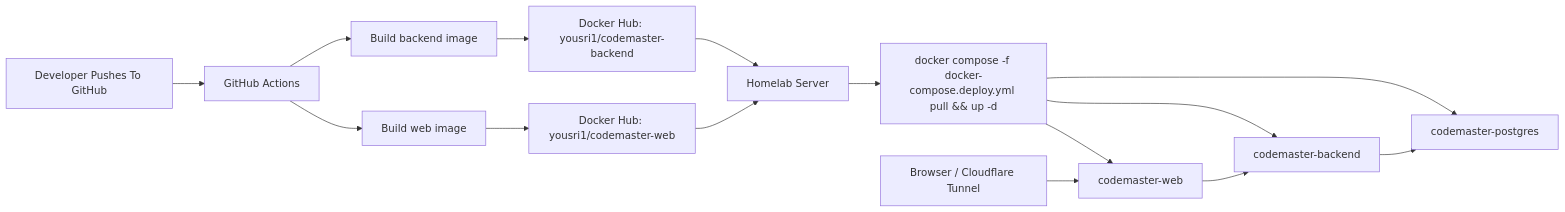
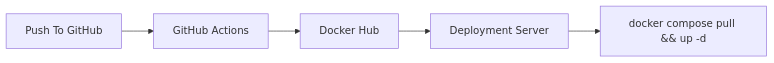
Before and after one commit to yousri-meftah/CodeMaster: the second of 2 diagrams in README.md, drawn with Mermaid. The commit also changed other lines of this file and 1 other file, not shown here.

````diff
--- a/README.md
+++ b/README.md
@@ -20,17 +120,7 @@
 ```mermaid
 flowchart LR
-    Dev["Developer Pushes To GitHub"] --> Actions["GitHub Actions"]
-    Actions --> BuildBackend["Build backend image"]
-    Actions --> BuildWeb["Build web image"]
-    BuildBackend --> HubBackend["Docker Hub: yousri1/codemaster-backend"]
-    BuildWeb --> HubWeb["Docker Hub: yousri1/codemaster-web"]
-    HubBackend --> Server["Homelab Server"]
-    HubWeb --> Server
-    Server --> Compose["docker compose -f docker-compose.deploy.yml pull && up -d"]
-    Compose --> Web["codemaster-web"]
-    Compose --> Backend["codemaster-backend"]
-    Compose --> Postgres["codemaster-postgres"]
-    Web --> Backend
-    Backend --> Postgres
-    Browser["Browser / Cloudflare Tunnel"] --> Web
+    Dev["Push To GitHub"] --> CI["GitHub Actions"]
+    CI --> Hub["Docker Hub"]
+    Hub --> Server["Deployment Server"]
+    Server --> Compose["docker compose pull && up -d"]
 ```
````
